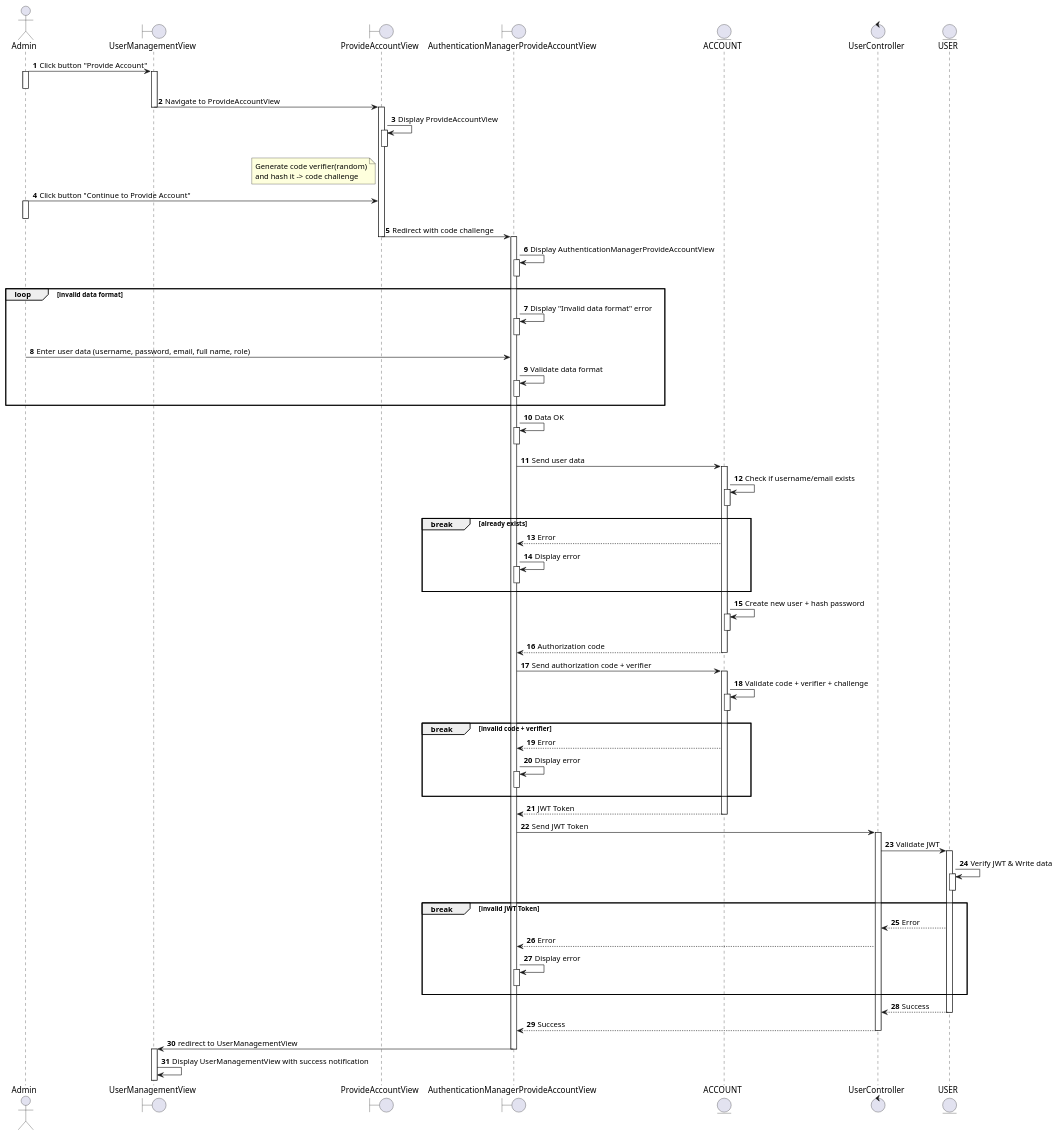
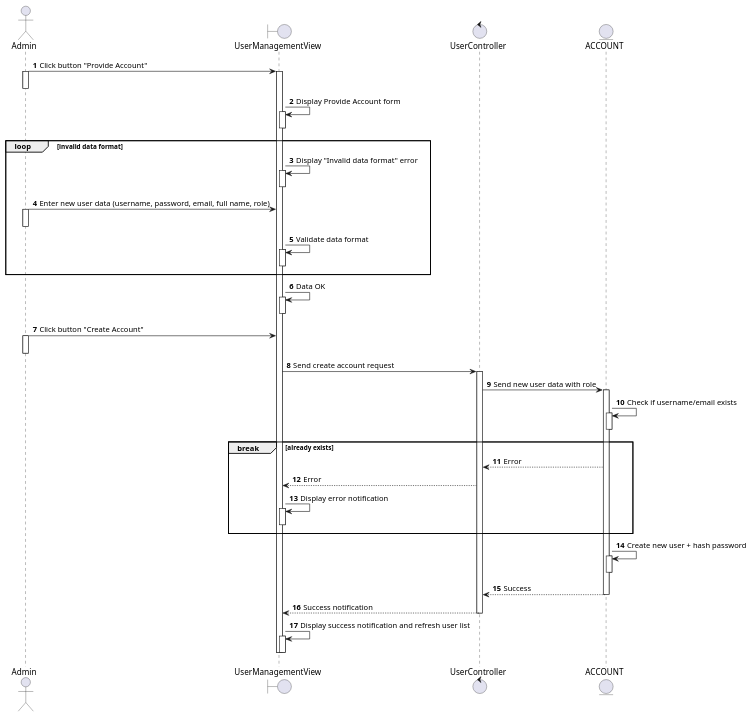
One commit to electricilies/electricilies.github.io changed the diagram in docs/software-docs/sequence/manage-account/provide-account.md. Above: the diagram before and after it, drawn with PlantUML. The commit also changed 4 other files, not shown here.

````diff
--- a/docs/software-docs/sequence/manage-account/provide-account.md
+++ b/docs/software-docs/sequence/manage-account/provide-account.md
@@ -6,108 +6,68 @@
 
 actor Admin as A
 boundary UserManagementView as UMV
-boundary ProvideAccountView as PAV
-boundary AuthenticationManagerProvideAccountView as AMPAV
+control UserController as UC
 entity ACCOUNT as AC
-control UserController as UC
-entity USER as US
 
 A -> UMV: Click button "Provide Account"
 activate A
 activate UMV
 deactivate A
-UMV -> PAV: Navigate to ProvideAccountView
+UMV -> UMV: Display Provide Account form
+activate UMV
 deactivate UMV
-activate PAV
-PAV -> PAV: Display ProvideAccountView
-activate PAV
-deactivate PAV
-note left of PAV: Generate code verifier(random)\nand hash it -> code challenge
-A -> PAV: Click button "Continue to Provide Account"
+
+loop invalid data format
+  UMV -> UMV: Display "Invalid data format" error
+  activate UMV
+  deactivate UMV
+  A -> UMV: Enter new user data (username, password, email, full name, role)
+  activate A
+  deactivate A
+  UMV -> UMV: Validate data format
+  activate UMV
+  deactivate UMV
+end
+
+UMV -> UMV: Data OK
+activate UMV
+deactivate UMV
+
+A -> UMV: Click button "Create Account"
 activate A
 deactivate A
-PAV -> AMPAV: Redirect with code challenge
-deactivate PAV
-activate AMPAV
-AMPAV -> AMPAV: Display AuthenticationManagerProvideAccountView
-activate AMPAV
-deactivate AMPAV
 
-loop invalid data format
-  AMPAV -> AMPAV: Display "Invalid data format" error
-  activate AMPAV
-  deactivate AMPAV
-  A -> AMPAV: Enter user data (username, password, email, full name, role)
-  deactivate A
-  AMPAV -> AMPAV: Validate data format
-  activate AMPAV
-  deactivate AMPAV
-end
+UMV -> UC: Send create account request
+activate UC
 
-AMPAV -> AMPAV: Data OK
-activate AMPAV
-deactivate AMPAV
-
-AMPAV -> AC: Send user data
+UC -> AC: Send new user data with role
 activate AC
 AC -> AC: Check if username/email exists
 activate AC
 deactivate AC
 
 break already exists
-  AMPAV <-- AC: Error
-  AMPAV -> AMPAV: Display error
-  activate AMPAV
-  deactivate AMPAV
+  UC <-- AC: Error
+  UMV <-- UC: Error
+  UMV -> UMV: Display error notification
+  activate UMV
+  deactivate UMV
 end
 
 AC -> AC: Create new user + hash password
 activate AC
 deactivate AC
-AMPAV <-- AC: Authorization code
+
+UC <-- AC: Success
 deactivate AC
 
-AMPAV -> AC: Send authorization code + verifier
-activate AC
-AC -> AC: Validate code + verifier + challenge
-activate AC
-deactivate AC
+UMV <-- UC: Success notification
+deactivate UC
 
-break invalid code + verifier
-  AMPAV <-- AC: Error
-  AMPAV -> AMPAV: Display error
-  activate AMPAV
-  deactivate AMPAV
-end
-
-AMPAV <-- AC: JWT Token
-deactivate AC
-
-AMPAV -> UC: Send JWT Token
-activate UC
-
-UC -> US: Validate JWT
-activate US
-US -> US: Verify JWT & Write data
-activate US
-deactivate US
-
-break invalid JWT Token
-  UC <-- US: Error
-  AMPAV <-- UC: Error
-  AMPAV -> AMPAV: Display error
-  activate AMPAV
-  deactivate AMPAV
-end
-
-UC <-- US: Success
-deactivate US
-AMPAV <-- UC: Success
-deactivate UC
-UMV <- AMPAV: redirect to UserManagementView
-deactivate AMPAV
+UMV -> UMV: Display success notification and refresh user list
 activate UMV
 deactivate UMV
-UMV -> UMV: Display UserManagementView with success notification
+deactivate UMV
+
 @enduml
 ```
````
